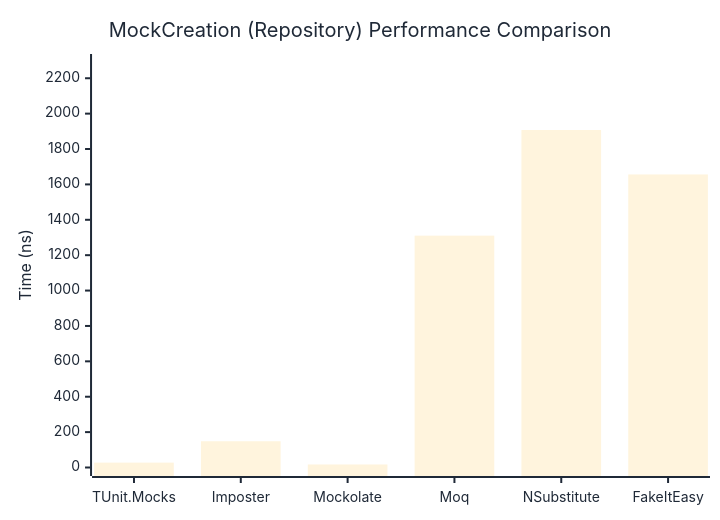
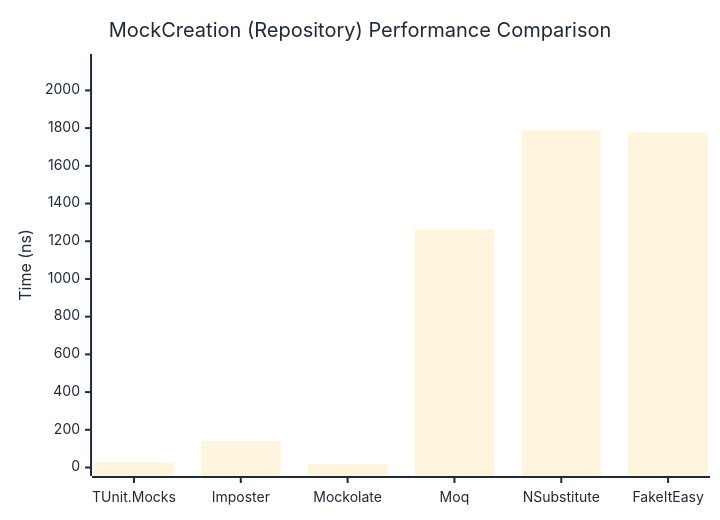
One commit to thomhurst/TUnit changed the second of 2 diagrams in docs/docs/benchmarks/mocks/MockCreation.md. Above: the diagram before and after it, drawn with Mermaid. The commit also changed other lines of this file and 14 other files, not shown here.

````diff
--- a/docs/docs/benchmarks/mocks/MockCreation.md
+++ b/docs/docs/benchmarks/mocks/MockCreation.md
@@ -71,27 +71,27 @@
 ```mermaid
 %%{init: {
   'theme':'base',
   'themeVariables': {
     'primaryColor': '#2563eb',
     'primaryTextColor': '#1f2937',
     'primaryBorderColor': '#1e40af',
     'lineColor': '#6b7280',
     'secondaryColor': '#7c3aed',
     'tertiaryColor': '#dc2626',
     'background': '#ffffff',
     'pie1': '#2563eb',
     'pie2': '#7c3aed',
     'pie3': '#dc2626',
     'pie4': '#f59e0b',
     'pie5': '#10b981',
     'pie6': '#06b6d4',
     'pie7': '#ec4899',
     'pie8': '#6366f1'
   }
 }}%%
 xychart-beta
   title "MockCreation (Repository) Performance Comparison"
   x-axis ["TUnit.Mocks", "Imposter", "Mockolate", "Moq", "NSubstitute", "FakeItEasy"]
-  y-axis "Time (ns)" 0 --> 2289
-  bar [27.6, 148.32, 17.06, 1310.44, 1907.43, 1656.25]
+  y-axis "Time (ns)" 0 --> 2148
+  bar [27.23, 140.33, 16.89, 1264.54, 1789.44, 1776.71]
 ```
````
